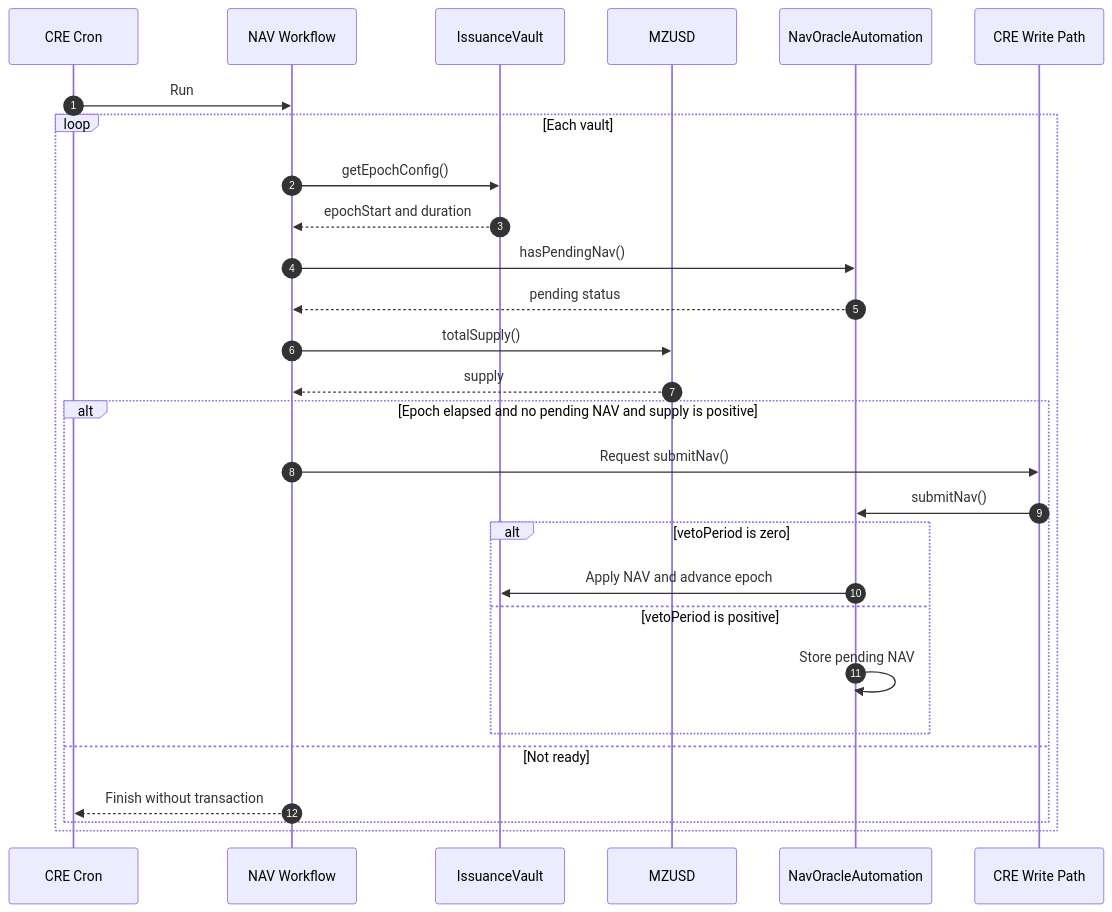
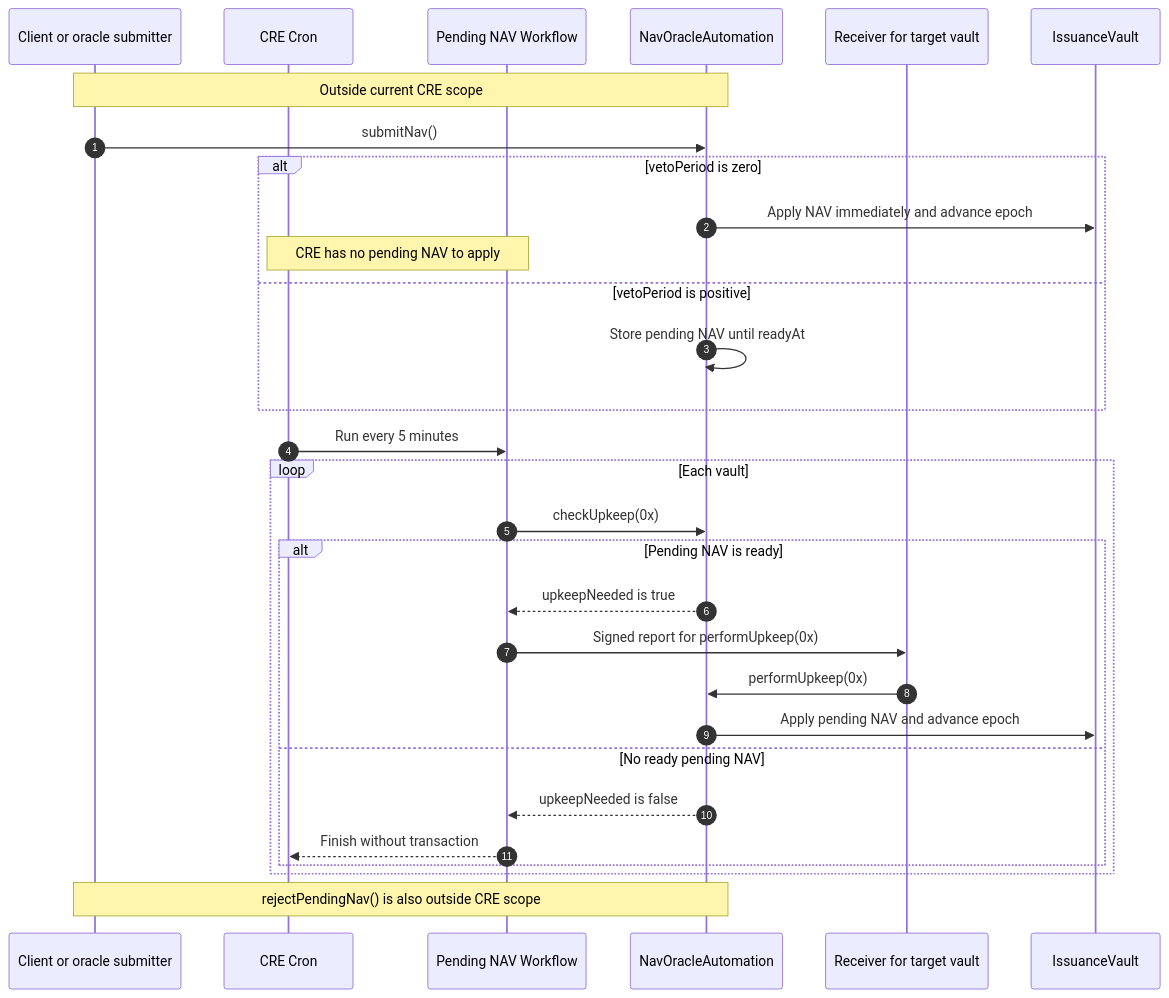
Before and after one commit to mezzanine-finance/smart-contracts: the diagram in integration-docs/cre-automation-diagrams/02-nav-rollover.mmd, drawn with Mermaid. The commit also changed 11 other files, not shown here.

Commit message:
docs: align CRE automation flows with agreed scope

```diff
--- a/integration-docs/cre-automation-diagrams/02-nav-rollover.mmd
+++ b/integration-docs/cre-automation-diagrams/02-nav-rollover.mmd
@@ -1,29 +1,33 @@
 sequenceDiagram
     autonumber
+    participant Client as Client or oracle submitter
     participant Cron as CRE Cron
-    participant WF as NAV Workflow
+    participant WF as Pending NAV Workflow
+    participant NAV as NavOracleAutomation
+    participant Receiver as Receiver for target vault
     participant Vault as IssuanceVault
-    participant MZ as MZUSD
-    participant NAV as NavOracleAutomation
-    participant Path as CRE Write Path
 
-    Cron->>WF: Run
+    Note over Client,NAV: Outside current CRE scope
+    Client->>NAV: submitNav()
+    alt vetoPeriod is zero
+        NAV->>Vault: Apply NAV immediately and advance epoch
+        Note over Cron,WF: CRE has no pending NAV to apply
+    else vetoPeriod is positive
+        NAV->>NAV: Store pending NAV until readyAt
+    end
+
+    Cron->>WF: Run every 5 minutes
     loop Each vault
-        WF->>Vault: getEpochConfig()
-        Vault-->>WF: epochStart and duration
-        WF->>NAV: hasPendingNav()
-        NAV-->>WF: pending status
-        WF->>MZ: totalSupply()
-        MZ-->>WF: supply
-        alt Epoch elapsed and no pending NAV and supply is positive
-            WF->>Path: Request submitNav()
-            Path->>NAV: submitNav()
-            alt vetoPeriod is zero
-                NAV->>Vault: Apply NAV and advance epoch
-            else vetoPeriod is positive
-                NAV->>NAV: Store pending NAV
-            end
-        else Not ready
+        WF->>NAV: checkUpkeep(0x)
+        alt Pending NAV is ready
+            NAV-->>WF: upkeepNeeded is true
+            WF->>Receiver: Signed report for performUpkeep(0x)
+            Receiver->>NAV: performUpkeep(0x)
+            NAV->>Vault: Apply pending NAV and advance epoch
+        else No ready pending NAV
+            NAV-->>WF: upkeepNeeded is false
             WF-->>Cron: Finish without transaction
         end
     end
+
+    Note over Client,NAV: rejectPendingNav() is also outside CRE scope
```
